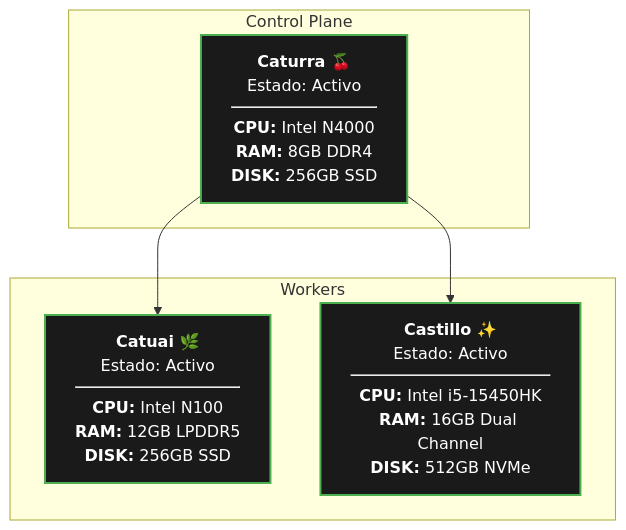
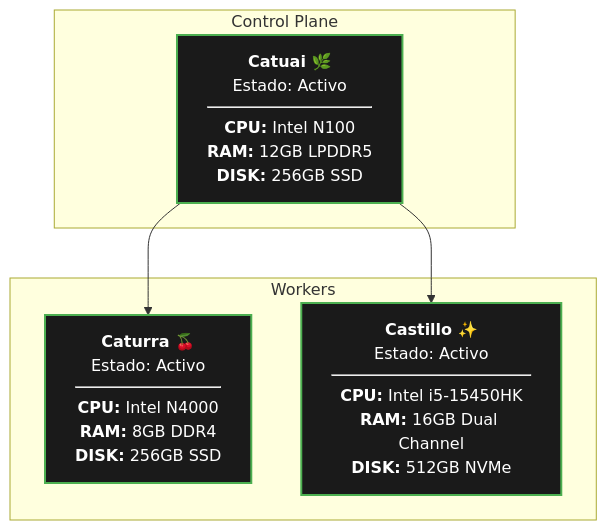
One commit to citocafecito-homelab/.github changed the diagram in profile/README.md. Above: the diagram before and after it, drawn with Mermaid. The commit also changed other lines of this file, not shown here.

````diff
--- a/profile/README.md
+++ b/profile/README.md
@@ -19,23 +19,22 @@
 ```mermaid
 graph TD
     %% Nodo Maestro
     subgraph Control_Plane ["Control Plane"]
-        Caturra["<b>Caturra 🍒</b><br/>Estado: Activo<hr/><b>CPU:</b> Intel N4000<br/><b>RAM:</b> 8GB DDR4<br/><b>DISK:</b> 256GB SSD"]
+        Catuai["<b>Catuai 🌿</b><br/>Estado: Activo<hr/><b>CPU:</b> Intel N100<br/><b>RAM:</b> 12GB LPDDR5<br/><b>DISK:</b> 256GB SSD"]
     end
 
     %% Conexiones
-    Caturra --> Catuai
-    Caturra --> Castillo
+    Catuai --> Caturra
+    Catuai --> Castillo
 
     %% Nodos Workers
     subgraph Workers ["Workers"]
-        Catuai["<b>Catuai 🌿</b><br/>Estado: Activo<hr/><b>CPU:</b> Intel N100<br/><b>RAM:</b> 12GB LPDDR5<br/><b>DISK:</b> 256GB SSD"]
-        
+        Caturra["<b>Caturra 🍒</b><br/>Estado: Activo<hr/><b>CPU:</b> Intel N4000<br/><b>RAM:</b> 8GB DDR4<br/><b>DISK:</b> 256GB SSD"]
         Castillo["<b>Castillo ✨</b><br/>Estado: Activo<hr/><b>CPU:</b> Intel i5-15450HK<br/><b>RAM:</b> 16GB Dual Channel<br/><b>DISK:</b> 512GB NVMe"]
     end
 
     %% Estilos de Estado (Todos Activos)
     style Caturra fill:#1a1a1a,stroke:#4CAF50,stroke-width:2px,color:#fff
     style Catuai fill:#1a1a1a,stroke:#4CAF50,stroke-width:2px,color:#fff
     style Castillo fill:#1a1a1a,stroke:#4CAF50,stroke-width:2px,color:#fff
 ```
````
